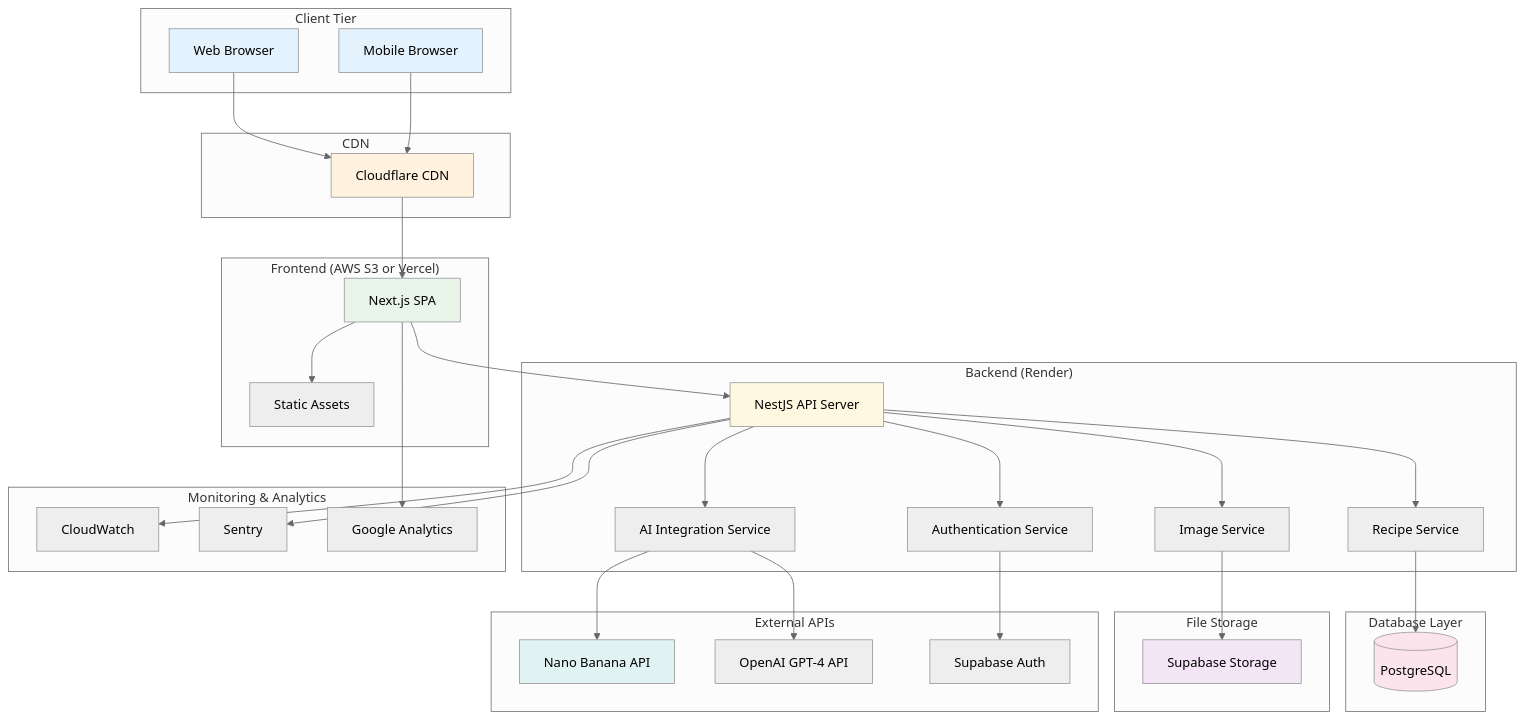
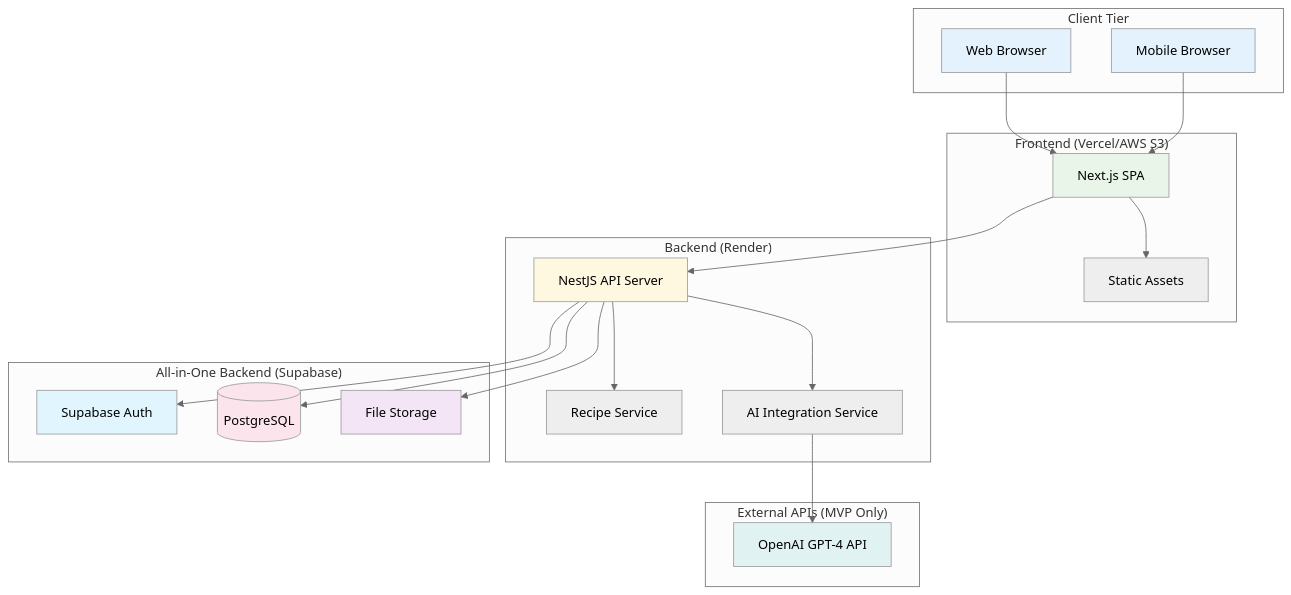
One commit to so-ota-biz/fridge-chef changed the diagram in assets/mmd/system-architecture.mmd. Above: the diagram before and after it, drawn with Mermaid (neutral theme). The commit also changed 3 other files, not shown here.

Commit message:
アーキテクチャ図・画面遷移図を整理

```diff
--- a/assets/mmd/system-architecture.mmd
+++ b/assets/mmd/system-architecture.mmd
@@ -1,72 +1,48 @@
 graph TB
     subgraph "Client Tier"
         A[Web Browser]
         B[Mobile Browser]
     end
     
-    subgraph "CDN"
-        C[Cloudflare CDN]
-    end
-    
-    subgraph "Frontend (AWS S3 or Vercel)"
+    subgraph "Frontend (Vercel/AWS S3)"
         D[Next.js SPA]
         E[Static Assets]
     end
     
     subgraph "Backend (Render)"
         F[NestJS API Server]
-        G[Authentication Service]
-        H[Recipe Service]
-        I[Image Service]
-        J[AI Integration Service]
+        G[Recipe Service]
+        H[AI Integration Service]
     end
     
-    subgraph "Database Layer"
+    subgraph "All-in-One Backend (Supabase)"
+        P[Supabase Auth]
         K[(PostgreSQL)]
+        M[File Storage]
     end
     
-    subgraph "File Storage"
-        M[Supabase Storage]
+    subgraph "External APIs (MVP Only)"
+        O[OpenAI GPT-4 API]
     end
     
-    subgraph "External APIs"
-        N[Nano Banana API]
-        O[OpenAI GPT-4 API]
-        P[Supabase Auth]
-    end
-    
-    subgraph "Monitoring & Analytics"
-        Q[CloudWatch]
-        R[Sentry]
-        S[Google Analytics]
-    end
-    
-    A --> C
-    B --> C
-    C --> D
+    A --> D
+    B --> D
     D --> E
     D --> F
     
     F --> G
     F --> H
-    F --> I
-    F --> J
     
-    G --> P
-    H --> K
-    I --> M
-    J --> N
-    J --> O
-    
-    F --> Q
-    F --> R
-    D --> S
+    F --> P
+    F --> K
+    F --> M
+    H --> O
     
     style A fill:#e3f2fd
     style B fill:#e3f2fd
-    style C fill:#fff3e0
     style D fill:#e8f5e8
     style F fill:#fff8e1
+    style P fill:#e1f5fe
     style K fill:#fce4ec
     style M fill:#f3e5f5
-    style N fill:#e0f2f1
+    style O fill:#e0f2f1
```
